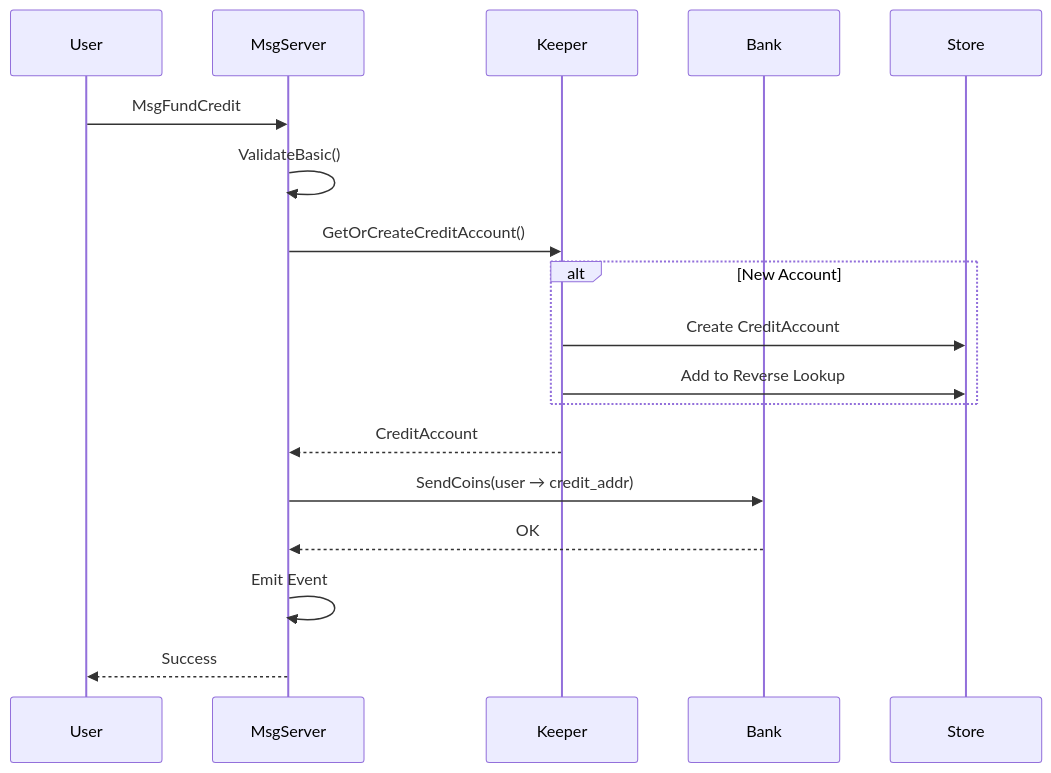
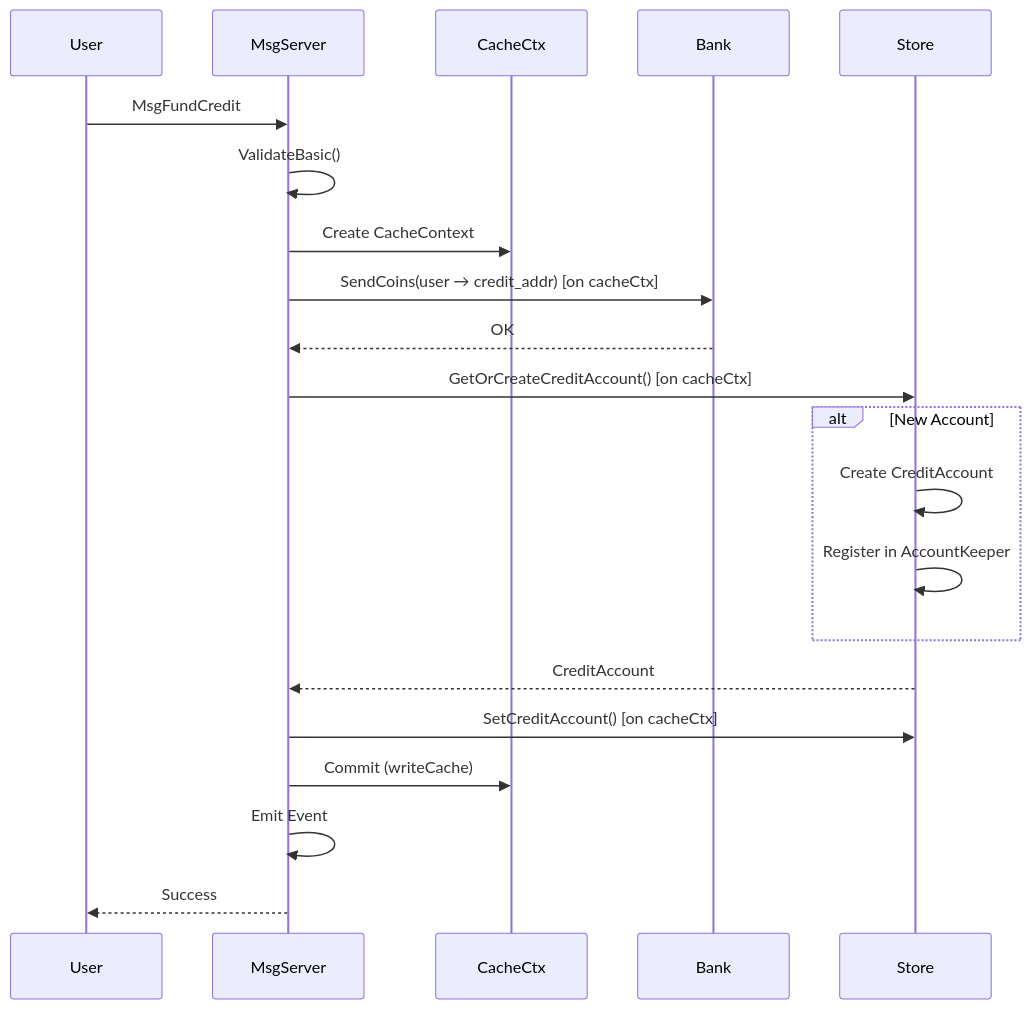
Before and after one commit to manifest-network/manifest-ledger: the fifth of 12 diagrams in x/billing/docs/ARCHITECTURE.md, drawn with Mermaid. The commit also changed other lines of this file and 33 other files, not shown here.

````diff
--- a/x/billing/docs/ARCHITECTURE.md
+++ b/x/billing/docs/ARCHITECTURE.md
@@ -203,22 +205,27 @@
 ```mermaid
 sequenceDiagram
     participant User
     participant MsgServer
-    participant Keeper
+    participant CacheCtx
     participant Bank
     participant Store
-    
+
     User->>MsgServer: MsgFundCredit
     MsgServer->>MsgServer: ValidateBasic()
-    
-    MsgServer->>Keeper: GetOrCreateCreditAccount()
+    MsgServer->>CacheCtx: Create CacheContext
+
+    MsgServer->>Bank: SendCoins(user → credit_addr) [on cacheCtx]
+    Bank-->>MsgServer: OK
+
+    MsgServer->>Store: GetOrCreateCreditAccount() [on cacheCtx]
     alt New Account
-        Keeper->>Store: Create CreditAccount
-        Keeper->>Store: Add to Reverse Lookup
+        Store->>Store: Create CreditAccount
+        Store->>Store: Register in AccountKeeper
     end
-    Keeper-->>MsgServer: CreditAccount
-    MsgServer->>Bank: SendCoins(user → credit_addr)
-    Bank-->>MsgServer: OK
+    Store-->>MsgServer: CreditAccount
+
+    MsgServer->>Store: SetCreditAccount() [on cacheCtx]
+    MsgServer->>CacheCtx: Commit (writeCache)
     MsgServer->>MsgServer: Emit Event
     MsgServer-->>User: Success
 ```
````
